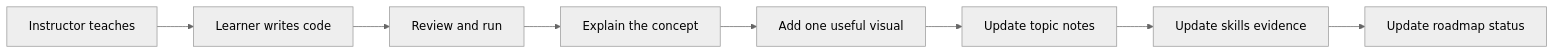
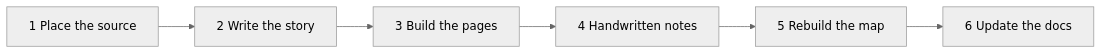
The diagram in CLAUDE.md (coderkali/machine_learning), drawn with Mermaid (neutral theme) before and after one commit. The commit also changed other lines of this file and 108 other files, not shown here.

````diff
--- a/CLAUDE.md
+++ b/CLAUDE.md
@@ -129,10 +140,8 @@
 ```mermaid
 flowchart LR
-    A[Instructor teaches] --> B[Learner writes code]
-    B --> C[Review and run]
-    C --> D[Explain the concept]
-    D --> E[Add one useful visual]
-    E --> F[Update topic notes]
-    F --> G[Update skills evidence]
-    G --> H[Update roadmap status]
+    A[1 Place the source] --> B[2 Write the story]
+    B --> C[3 Build the pages]
+    C --> D[4 Handwritten notes]
+    D --> E[5 Rebuild the map]
+    E --> F[6 Update the docs]
 ```
````
